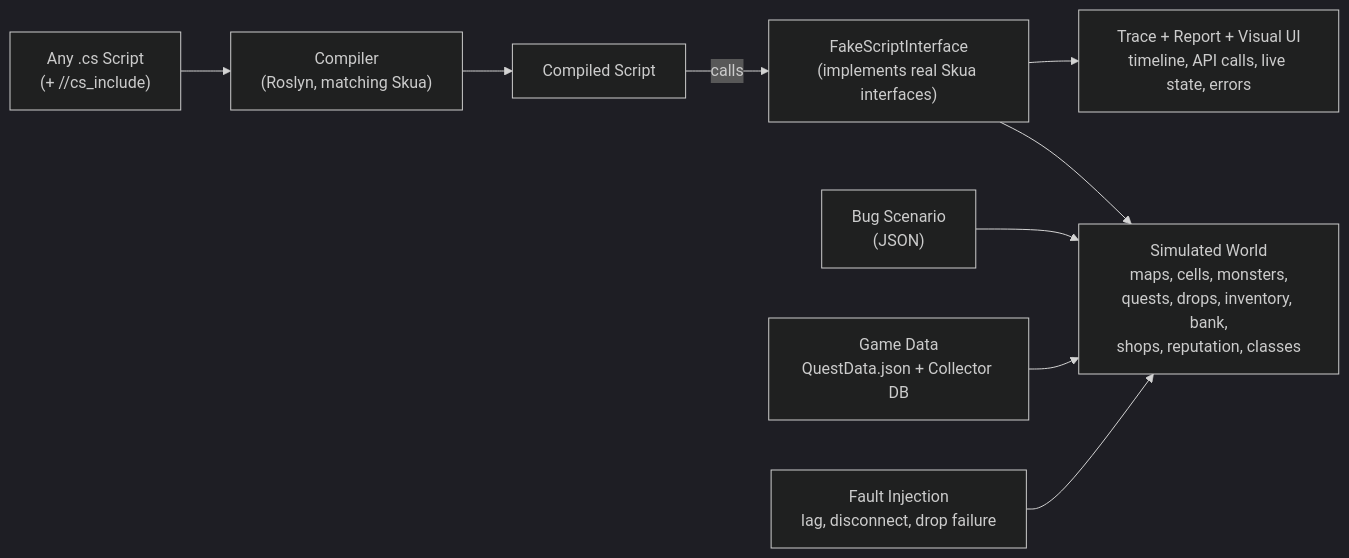
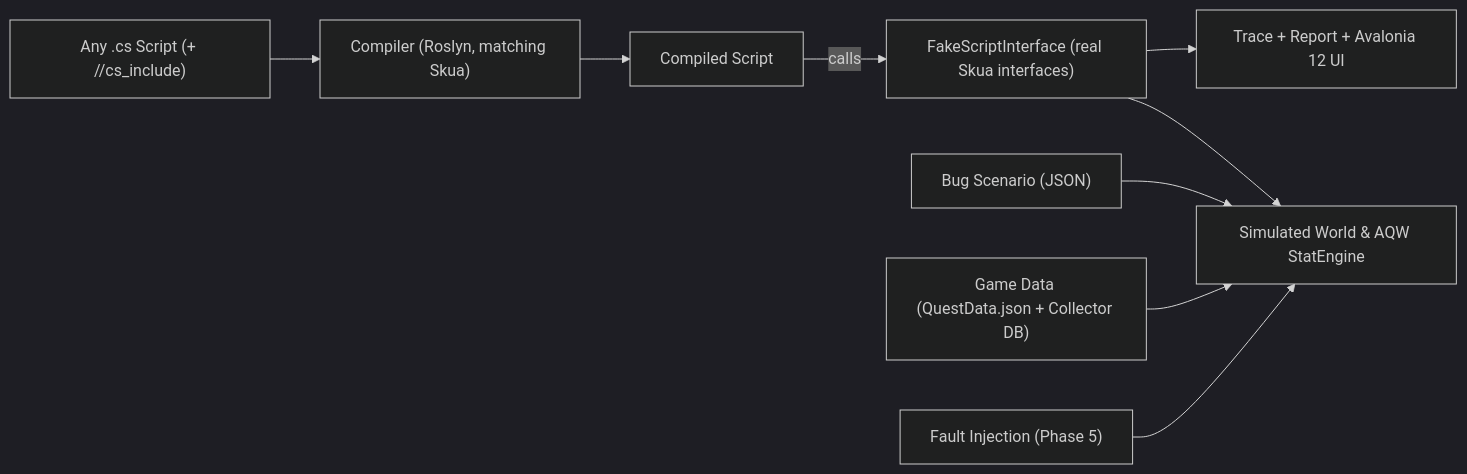
The diagram in PLAN.md (stinxts/SkuaSim), drawn with Mermaid (dark theme) before and after one commit. The commit also changed other lines of this file and 6 other files, not shown here.

````diff
--- a/PLAN.md
+++ b/PLAN.md
@@ -11,11 +11,11 @@
 ```mermaid
 flowchart LR
-    A["Any .cs Script<br/>(+ //cs_include)"] --> B["Compiler<br/>(Roslyn, matching Skua)"]
+    A["Any .cs Script (+ //cs_include)"] --> B["Compiler (Roslyn, matching Skua)"]
     B --> C["Compiled Script"]
-    C -->|calls| D["FakeScriptInterface<br/>(implements real Skua interfaces)"]
-    D --> E["Simulated World<br/>maps, cells, monsters,<br/>quests, drops, inventory, bank,<br/>shops, reputation, classes"]
-    F["Bug Scenario<br/>(JSON)"] --> E
-    G["Game Data<br/>QuestData.json + Collector DB"] --> E
-    H["Fault Injection<br/>lag, disconnect, drop failure"] --> E
-    D --> I["Trace + Report + Visual UI<br/>timeline, API calls, live state, errors"]
+    C -->|calls| D["FakeScriptInterface (real Skua interfaces)"]
+    D --> E["Simulated World & AQW StatEngine"]
+    F["Bug Scenario (JSON)"] --> E
+    G["Game Data (QuestData.json + Collector DB)"] --> E
+    H["Fault Injection (Phase 5)"] --> E
+    D --> I["Trace + Report + Avalonia 12 UI"]
 ```
````
